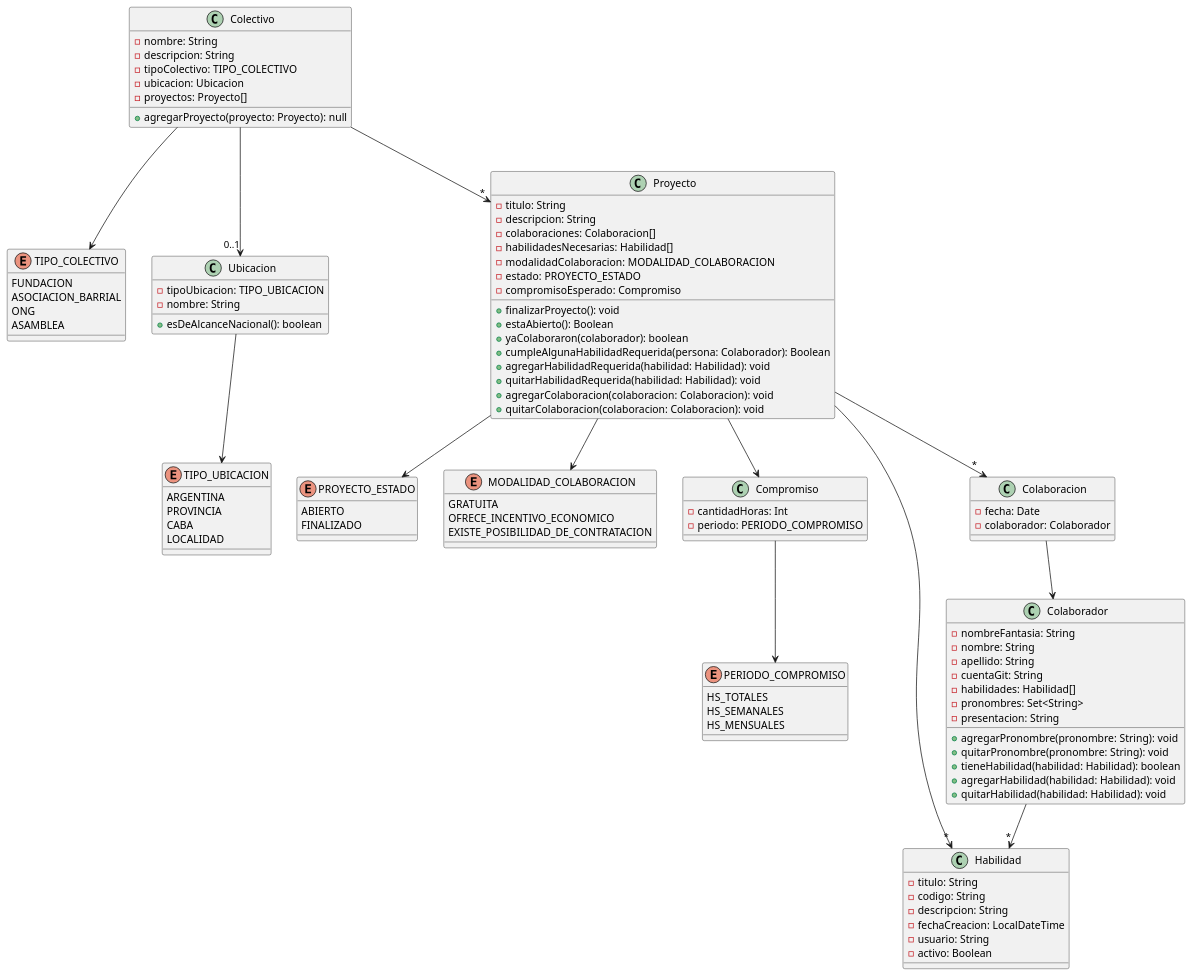
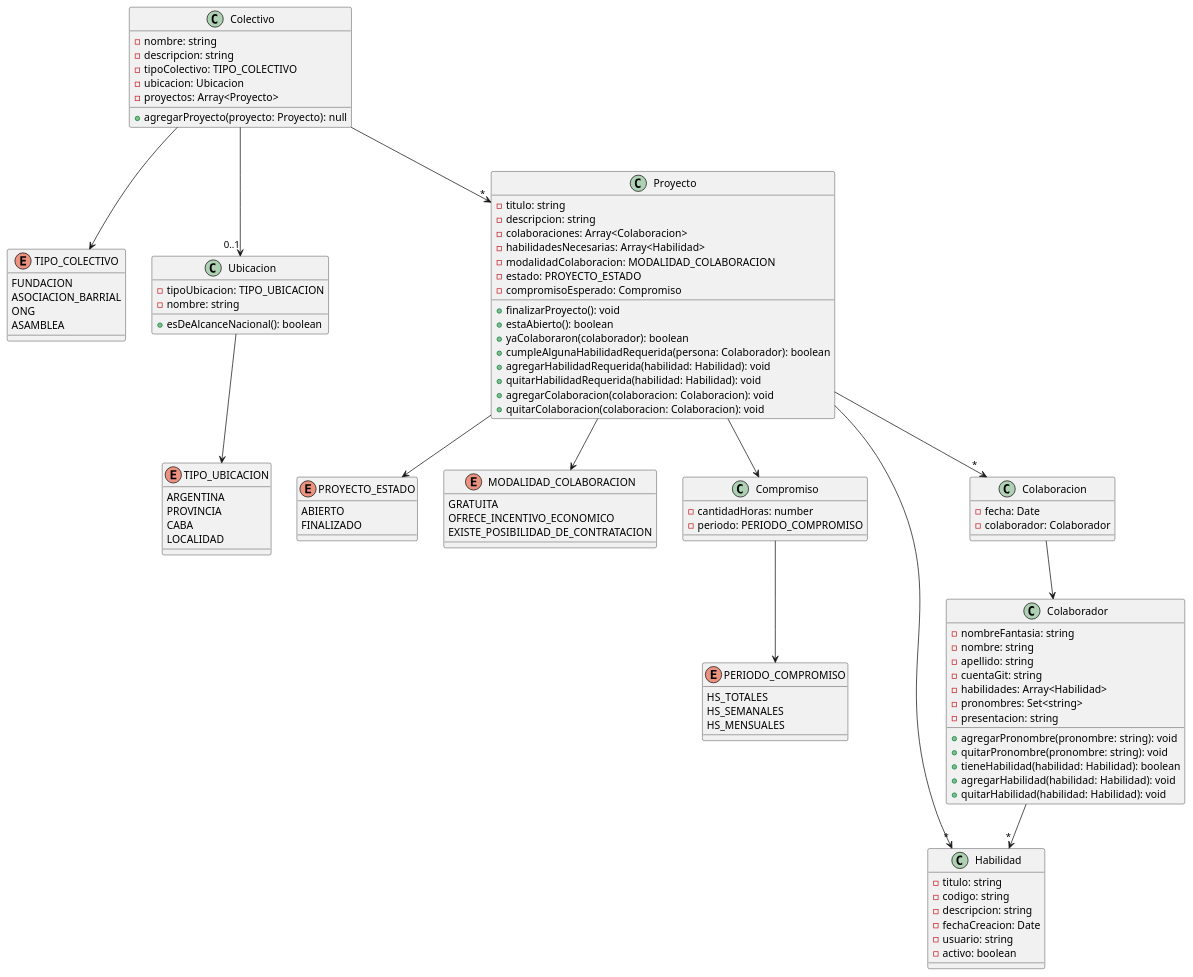
The diagram in diagrama_clases/diagrama_clases.puml (Mazzini123/tp-desarrollo-2c-2026), drawn with PlantUML before and after one commit. The commit also changed 21 other files, not shown here.

```diff
--- a/diagrama_clases/diagrama_clases.puml
+++ b/diagrama_clases/diagrama_clases.puml
@@ -1,126 +1,126 @@
 @startuml
 
 ' ───────────────────────── Colectivo y Ubicación ─────────────────────────
 
 class Colectivo {
-  -nombre: String
-  -descripcion: String
+  -nombre: string
+  -descripcion: string
   -tipoColectivo: TIPO_COLECTIVO
   -ubicacion: Ubicacion
-  -proyectos: Proyecto[]
+  -proyectos: Array<Proyecto>
 
   +agregarProyecto(proyecto: Proyecto): null
 }
 
 enum TIPO_COLECTIVO {
   FUNDACION
   ASOCIACION_BARRIAL
   ONG
   ASAMBLEA
 }
 
 class Ubicacion {
   -tipoUbicacion: TIPO_UBICACION
-  -nombre: String
+  -nombre: string
 
   +esDeAlcanceNacional(): boolean
 }
 
 enum TIPO_UBICACION {
   ARGENTINA
   PROVINCIA
   CABA
   LOCALIDAD
 }
 
 Colectivo --> TIPO_COLECTIVO
 Colectivo --> "*" Proyecto
 Colectivo --> "0..1" Ubicacion
 Ubicacion --> TIPO_UBICACION
 
 ' ───────────────────────── Proyecto y Compromiso ─────────────────────────
 
 class Proyecto {
-  -titulo: String
-  -descripcion: String
-  -colaboraciones: Colaboracion[]
-  -habilidadesNecesarias: Habilidad[]
+  -titulo: string
+  -descripcion: string
+  -colaboraciones: Array<Colaboracion>
+  -habilidadesNecesarias: Array<Habilidad>
   -modalidadColaboracion: MODALIDAD_COLABORACION
   -estado: PROYECTO_ESTADO
   -compromisoEsperado: Compromiso
 
   +finalizarProyecto(): void
-  +estaAbierto(): Boolean
+  +estaAbierto(): boolean
   +yaColaboraron(colaborador): boolean
-  +cumpleAlgunaHabilidadRequerida(persona: Colaborador): Boolean
+  +cumpleAlgunaHabilidadRequerida(persona: Colaborador): boolean
   +agregarHabilidadRequerida(habilidad: Habilidad): void
   +quitarHabilidadRequerida(habilidad: Habilidad): void
   +agregarColaboracion(colaboracion: Colaboracion): void
   +quitarColaboracion(colaboracion: Colaboracion): void
 }
 
 enum PROYECTO_ESTADO {
   ABIERTO
   FINALIZADO
 }
 
 enum MODALIDAD_COLABORACION {
   GRATUITA
   OFRECE_INCENTIVO_ECONOMICO
   EXISTE_POSIBILIDAD_DE_CONTRATACION
 }
 
 class Compromiso {
-  -cantidadHoras: Int
+  -cantidadHoras: number
   -periodo: PERIODO_COMPROMISO
 }
 
 enum PERIODO_COMPROMISO {
   HS_TOTALES
   HS_SEMANALES
   HS_MENSUALES
 }
 
 Proyecto --> PROYECTO_ESTADO
 Proyecto --> Compromiso
 Proyecto --> MODALIDAD_COLABORACION
 Compromiso --> PERIODO_COMPROMISO
 
 ' ───────────────────────── Habilidad y Colaboración ─────────────────────────
 
 class Habilidad {
-  -titulo: String
-  -codigo: String
-  -descripcion: String
-  -fechaCreacion: LocalDateTime
-  -usuario: String
-  -activo: Boolean
+  -titulo: string
+  -codigo: string
+  -descripcion: string
+  -fechaCreacion: Date
+  -usuario: string
+  -activo: boolean
 }
 
 class Colaboracion {
   -fecha: Date
   -colaborador: Colaborador
 }
 
 class Colaborador {
-  -nombreFantasia: String
-  -nombre: String
-  -apellido: String
-  -cuentaGit: String
-  -habilidades: Habilidad[]
-  -pronombres: Set<String>
-  -presentacion: String
+  -nombreFantasia: string
+  -nombre: string
+  -apellido: string
+  -cuentaGit: string
+  -habilidades: Array<Habilidad>
+  -pronombres: Set<string>
+  -presentacion: string
 
-  +agregarPronombre(pronombre: String): void
-  +quitarPronombre(pronombre: String): void
+  +agregarPronombre(pronombre: string): void
+  +quitarPronombre(pronombre: string): void
   +tieneHabilidad(habilidad: Habilidad): boolean
   +agregarHabilidad(habilidad: Habilidad): void
   +quitarHabilidad(habilidad: Habilidad): void
 }
 
 Proyecto --> "*" Habilidad
 Proyecto --> "*" Colaboracion
 Colaboracion --> Colaborador
 Colaborador --> "*" Habilidad
 
 @enduml
```
